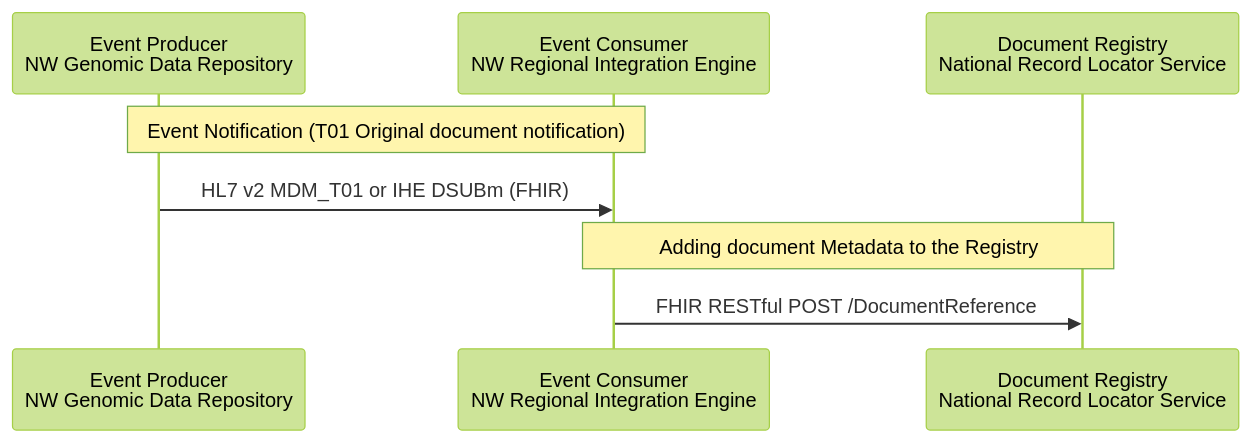
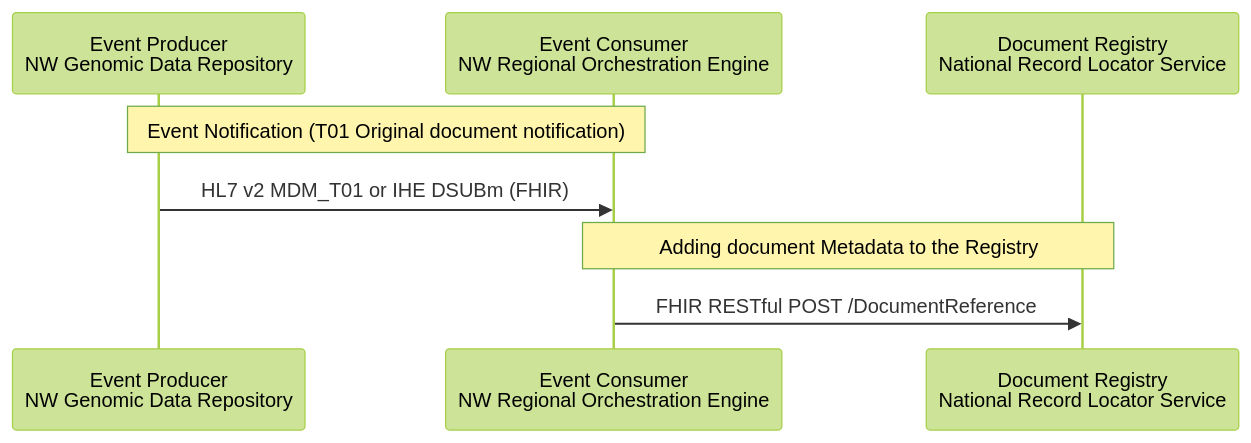
One commit to uk-gov-mirror/nw-gmsa.nw-gmsa.github.com changed the fifth of 7 diagrams in input/pagecontent/workflow-report-options.md. Above: the diagram before and after it, drawn with Mermaid (forest theme). The commit also changed other lines of this file and 55 other files, not shown here.

````diff
--- a/input/pagecontent/workflow-report-options.md
+++ b/input/pagecontent/workflow-report-options.md
@@ -194,12 +194,12 @@
 ```mermaid
 sequenceDiagram
     participant Producer As Event Producer<br/>NW Genomic Data Repository
-    participant Consumer As Event Consumer<br/>NW Regional Integration Engine
+    participant Consumer As Event Consumer<br/>NW Regional Orchestration Engine
     participant Registry As Document Registry<br/>National Record Locator Service
 
    
     Note over Producer,Consumer: Event Notification (T01 Original document notification)
     Producer ->> Consumer: HL7 v2 MDM_T01 or IHE DSUBm (FHIR)
     Note over Consumer,Registry: Adding document Metadata to the Registry
     Consumer ->> Registry: FHIR RESTful POST /DocumentReference
 ```
````
